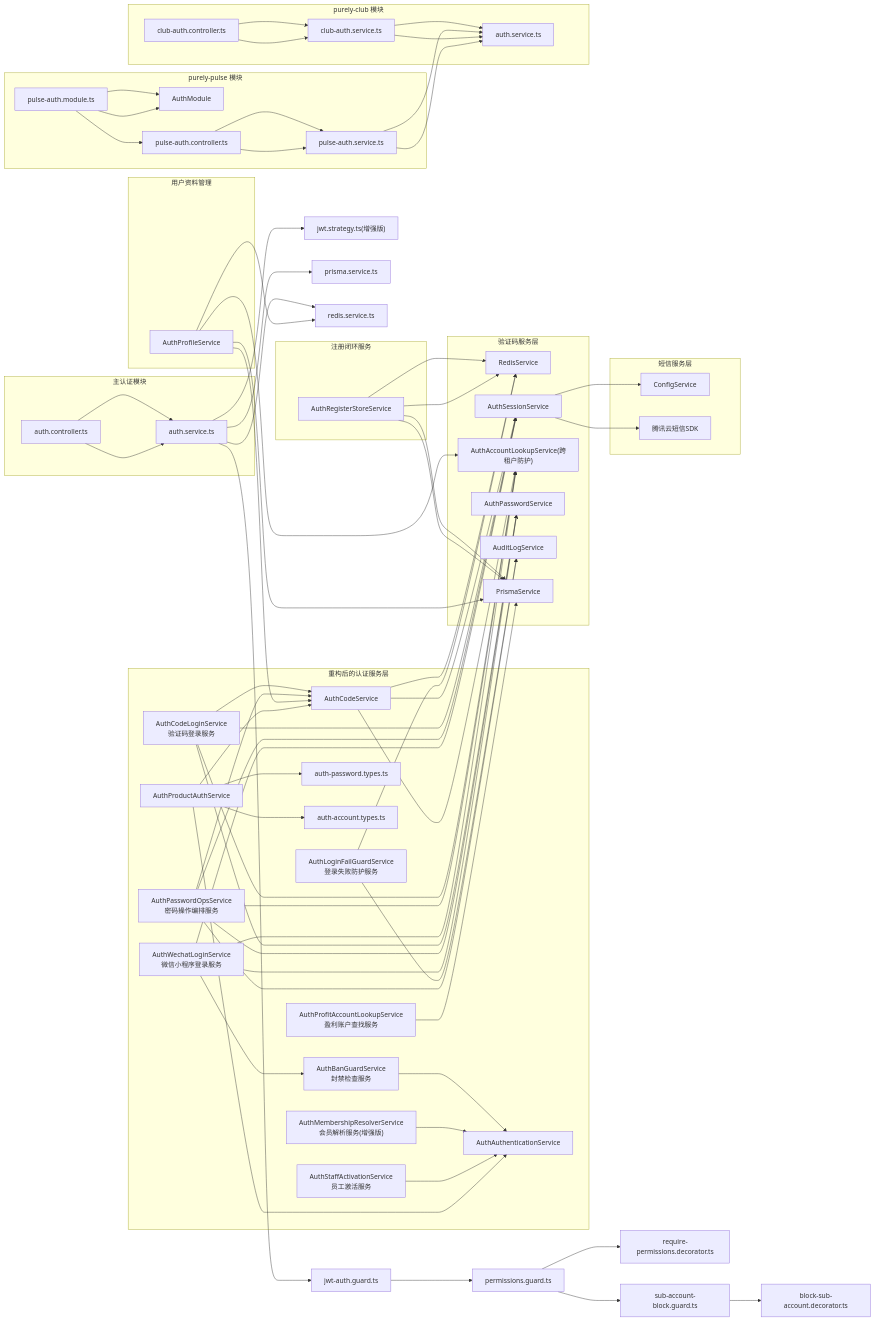
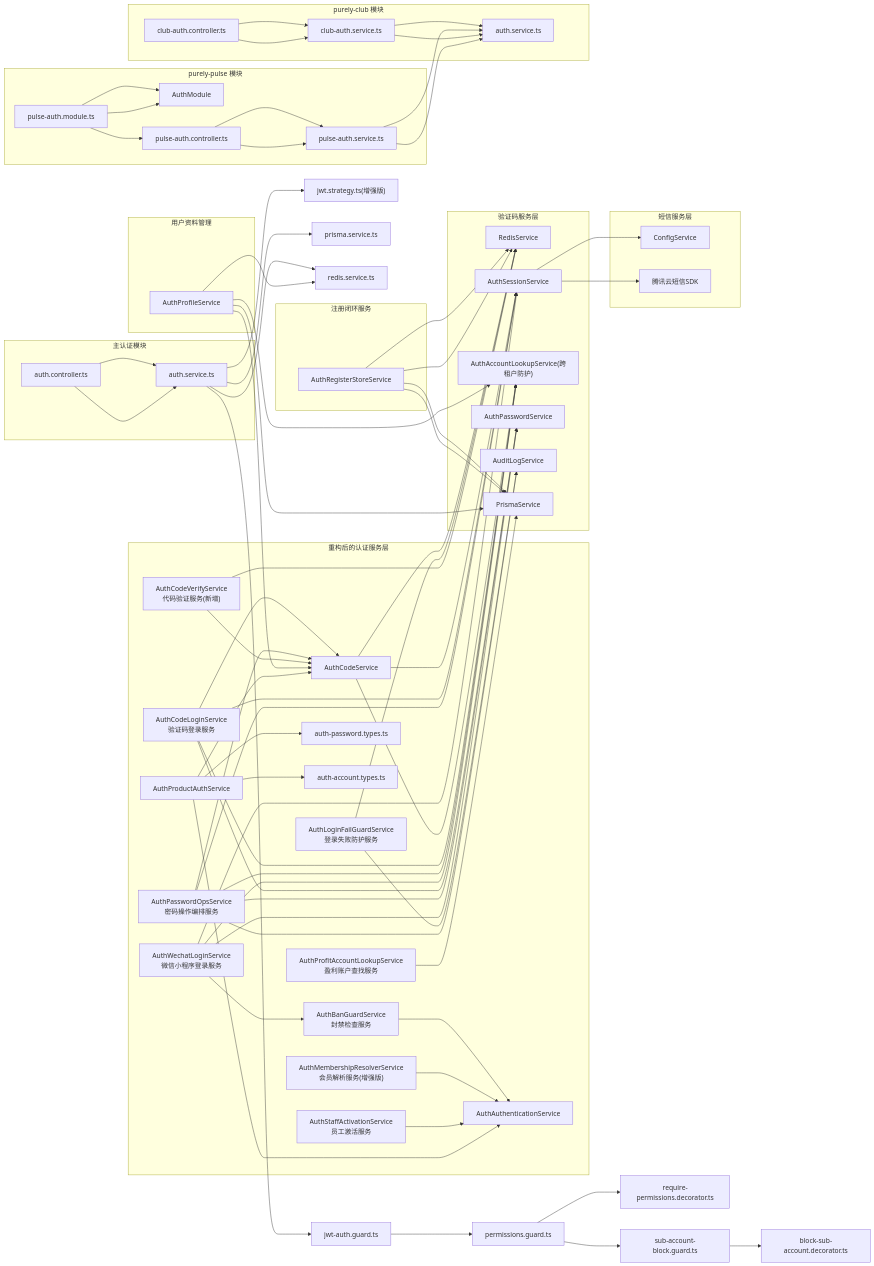
One commit to rc558620/purelyprofit-server changed diagram 23 of 23 in .qoder/repowiki/zh/content/认证授权系统/认证授权系统.md. Above: the diagram before and after it, drawn with Mermaid. The commit also changed other lines of this file and 10 other files, not shown here.

```diff
--- a/.qoder/repowiki/zh/content/认证授权系统/认证授权系统.md
+++ b/.qoder/repowiki/zh/content/认证授权系统/认证授权系统.md
@@ -1387,6 +1453,7 @@
 APO["AuthPasswordOpsService<br/>密码操作编排服务"]
 APALS["AuthProfitAccountLookupService<br/>盈利账户查找服务"]
 AWLS["AuthWechatLoginService<br/>微信小程序登录服务"]
+ACVS["AuthCodeVerifyService<br/>代码验证服务(新增)"]
 end
 subgraph "验证码服务层"
 ACS --> RS["RedisService"]
@@ -1408,6 +1475,8 @@
 AWLS --> APS
 AWLS --> ABGS
 AWLS --> ASS
+ACVS --> ACS
+ACVS --> RS
 end
 subgraph "短信服务层"
 ASS --> CS["ConfigService"]
```
